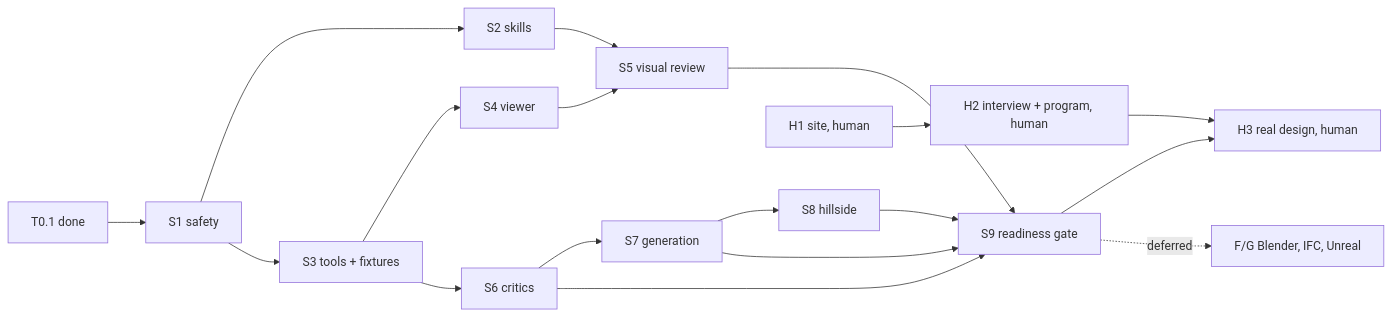
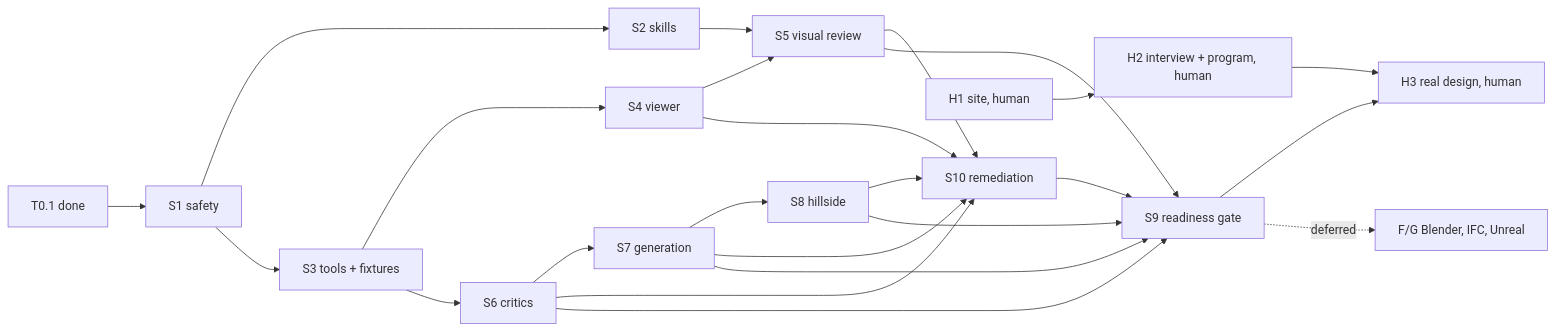
Before and after one commit to eqaderi/house-plans: the diagram in docs/PROJECT_TRACKER.md, drawn with Mermaid. The commit also changed other lines of this file, not shown here.

First line of the commit message:
docs(tracker): add Stage S10 readiness remediation (DEC-11), block S9

````diff
--- a/docs/PROJECT_TRACKER.md
+++ b/docs/PROJECT_TRACKER.md
@@ -159,12 +160,13 @@
 ```mermaid
 flowchart LR
   T01[T0.1 done] --> S1[S1 safety]
   S1 --> S2[S2 skills] & S3[S3 tools + fixtures]
   S3 --> S4[S4 viewer] --> S5[S5 visual review]
   S2 --> S5
   S3 --> S6[S6 critics] --> S7[S7 generation] --> S8[S8 hillside]
-  S5 & S6 & S7 & S8 --> S9[S9 readiness gate]
+  S4 & S5 & S6 & S7 & S8 --> S10[S10 remediation]
+  S5 & S6 & S7 & S8 & S10 --> S9[S9 readiness gate]
   H1[H1 site, human] --> H2[H2 interview + program, human]
   S9 & H2 --> H3[H3 real design, human]
   S9 -.deferred.-> FG[F/G Blender, IFC, Unreal]
 ```
````
